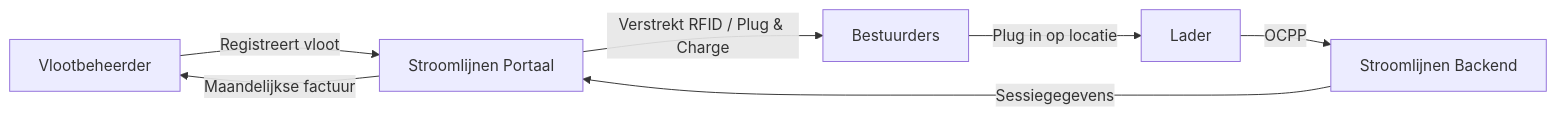
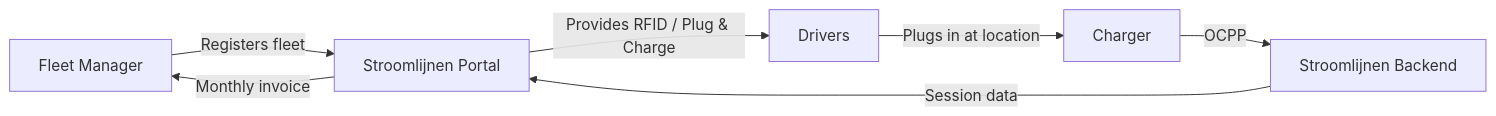
One commit to imichelena/stroomlijnen-docs changed the diagram in i18n/en/docusaurus-plugin-content-docs/current/getting-started/intro.md. Above: the diagram before and after it, drawn with Mermaid. The commit also changed other lines of this file and 74 other files, not shown here.

````diff
--- a/i18n/en/docusaurus-plugin-content-docs/current/getting-started/intro.md
+++ b/i18n/en/docusaurus-plugin-content-docs/current/getting-started/intro.md
@@ -30,9 +31,9 @@
 ```mermaid
 graph LR
-    A[Vlootbeheerder] -->|Registreert vloot| B[Stroomlijnen Portaal]
-    B -->|Verstrekt RFID / Plug & Charge| C[Bestuurders]
-    C -->|Plug in op locatie| D[Lader]
+    A[Fleet Manager] -->|Registers fleet| B[Stroomlijnen Portal]
+    B -->|Provides RFID / Plug & Charge| C[Drivers]
+    C -->|Plugs in at location| D[Charger]
     D -->|OCPP| E[Stroomlijnen Backend]
-    E -->|Sessiegegevens| B
-    B -->|Maandelijkse factuur| A
+    E -->|Session data| B
+    B -->|Monthly invoice| A
 ```
````
